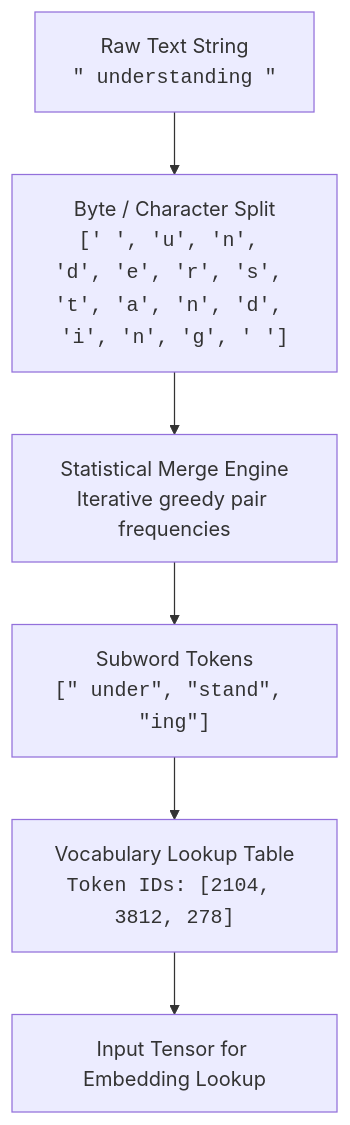
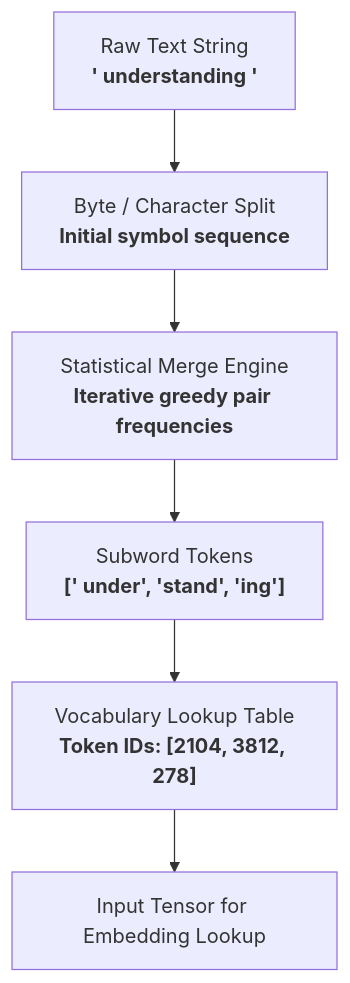
Before and after one commit to shotsan/llmnerd: the diagram in content/foundations/tokenization.md, drawn with Mermaid. The commit also changed 7 other files, not shown here.

Commit message:
style(mermaid): upgrade diagram aesthetics with modern card wrapper, themeVariables, and refined typography

````diff
--- a/content/foundations/tokenization.md
+++ b/content/foundations/tokenization.md
@@ -23,8 +23,8 @@
 ```mermaid
 flowchart TD
-    A["Raw Text String<br><code>&quot; understanding &quot;</code>"] --> B["Byte / Character Split<br><code>[' ', 'u', 'n', 'd', 'e', 'r', 's', 't', 'a', 'n', 'd', 'i', 'n', 'g', ' ']</code>"]
-    B --> C["Statistical Merge Engine<br>Iterative greedy pair frequencies"]
-    C --> D["Subword Tokens<br><code>[&quot; under&quot;, &quot;stand&quot;, &quot;ing&quot;]</code>"]
-    D --> E["Vocabulary Lookup Table<br><code>Token IDs: [2104, 3812, 278]</code>"]
+    A["Raw Text String<br/><b>' understanding '</b>"] --> B["Byte / Character Split<br/><b>Initial symbol sequence</b>"]
+    B --> C["Statistical Merge Engine<br/><b>Iterative greedy pair frequencies</b>"]
+    C --> D["Subword Tokens<br/><b>[' under', 'stand', 'ing']</b>"]
+    D --> E["Vocabulary Lookup Table<br/><b>Token IDs: [2104, 3812, 278]</b>"]
     E --> F["Input Tensor for Embedding Lookup"]
 ```
````
